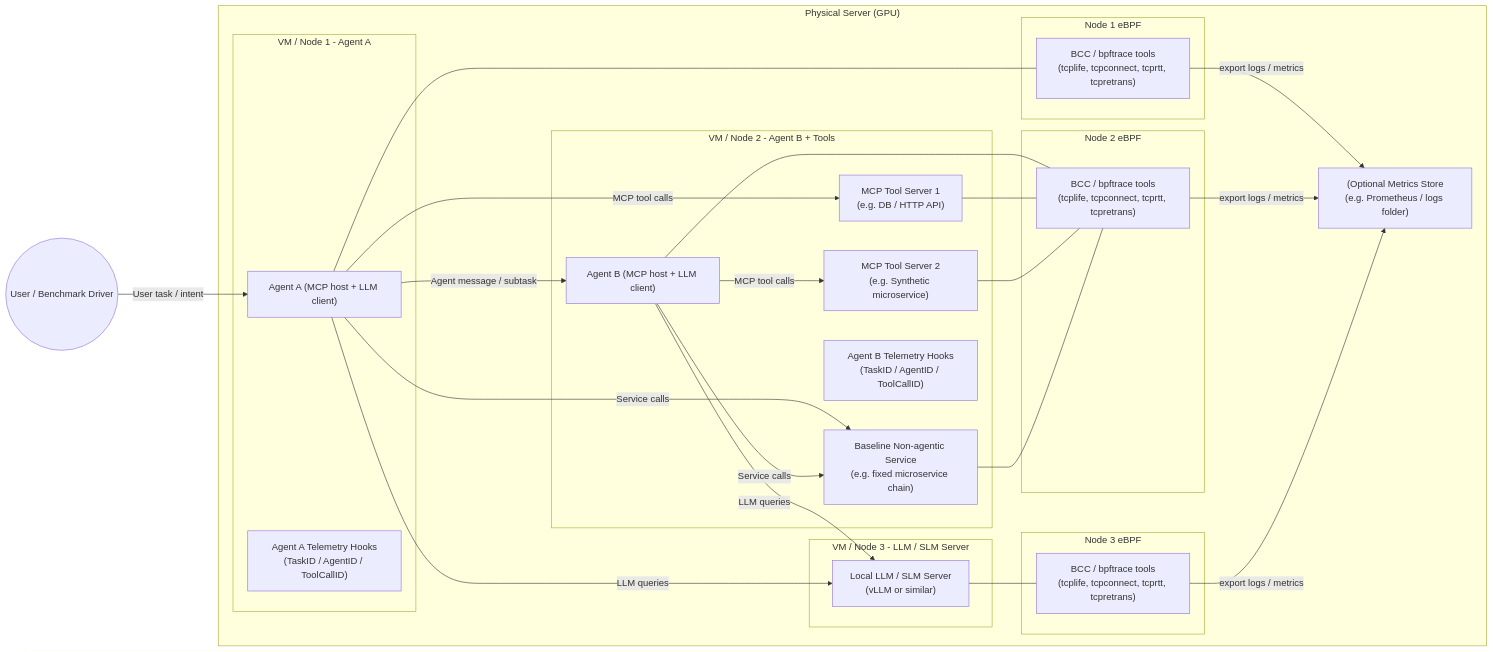
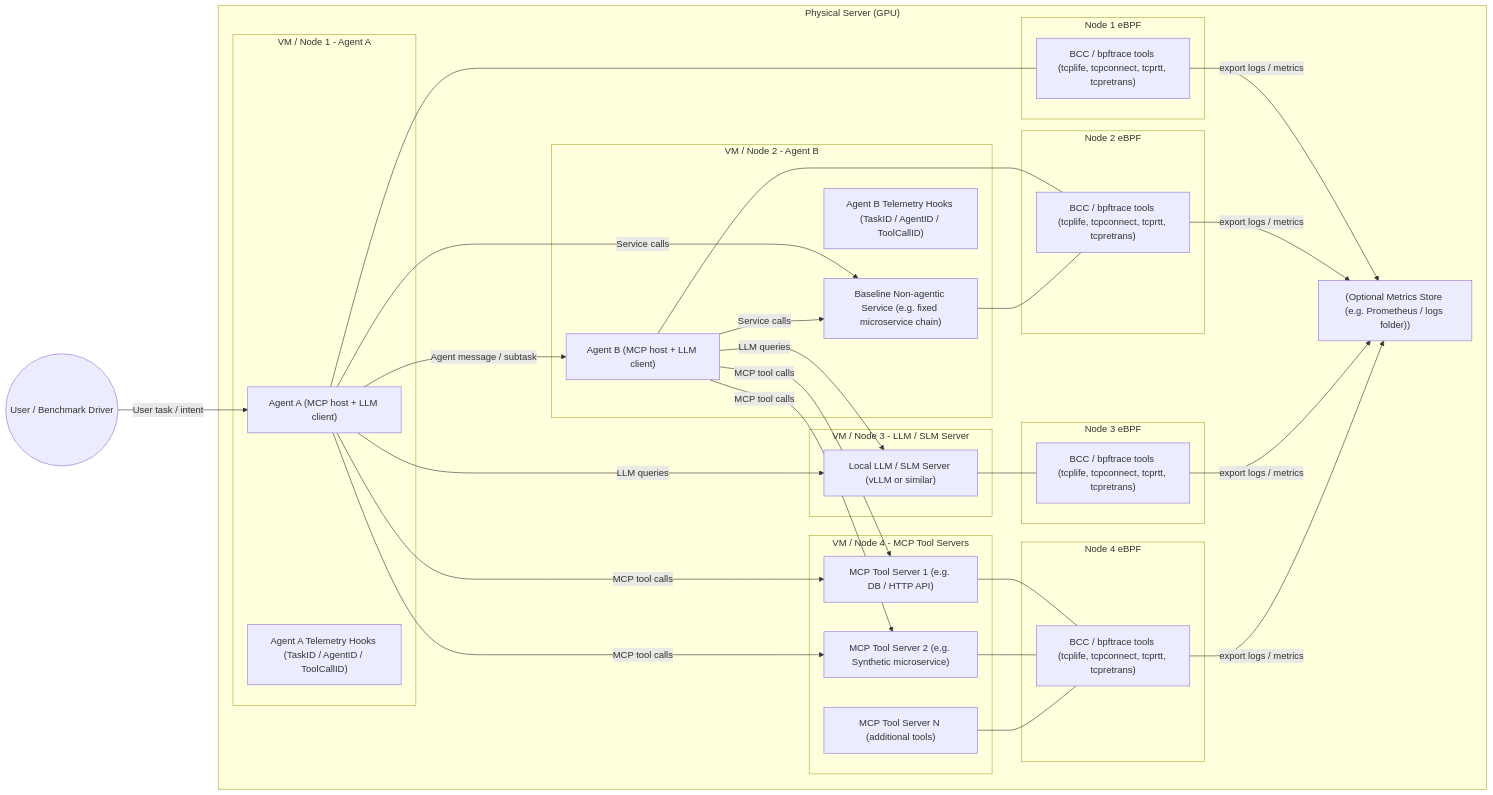
Before and after one commit to dlamagna/agentic-traffic-testing: the first of 2 diagrams in docs/architecture_diagrams/mvp.md, drawn with Mermaid. The commit also changed other lines of this file and 3 other files, not shown here.

Commit message:
modified architecture for MCP servers in separate node

````diff
--- a/docs/architecture_diagrams/mvp.md
+++ b/docs/architecture_diagrams/mvp.md
@@ -3,65 +3,78 @@
 ```mermaid
 flowchart LR
     %% Physical host
     subgraph Host["Physical Server (GPU)"]
         
         %% Virtual node 1: Agent A
         subgraph Node1["VM / Node 1 - Agent A"]
             AgentA["Agent A (MCP host + LLM client)"]
-            AgentALogger["Agent A Telemetry Hooks\n(TaskID / AgentID / ToolCallID)"]
+            AgentALogger["Agent A Telemetry Hooks (TaskID / AgentID / ToolCallID)"]
         end
 
-        %% Virtual node 2: Agent B + tools
-        subgraph Node2["VM / Node 2 - Agent B + Tools"]
+        %% Virtual node 2: Agent B
+        subgraph Node2["VM / Node 2 - Agent B"]
             AgentB["Agent B (MCP host + LLM client)"]
-            Tool1["MCP Tool Server 1\n(e.g. DB / HTTP API)"]
-            Tool2["MCP Tool Server 2\n(e.g. Synthetic microservice)"]
-            BaselineSvc["Baseline Non-agentic Service\n(e.g. fixed microservice chain)"]
-            AgentBLogger["Agent B Telemetry Hooks\n(TaskID / AgentID / ToolCallID)"]
+            BaselineSvc["Baseline Non-agentic Service (e.g. fixed microservice chain)"]
+            AgentBLogger["Agent B Telemetry Hooks (TaskID / AgentID / ToolCallID)"]
         end
 
         %% Virtual node 3: Local LLM / SLM server
         subgraph Node3["VM / Node 3 - LLM / SLM Server"]
-            LLM["Local LLM / SLM Server\n(vLLM or similar)"]
+            LLM["Local LLM / SLM Server (vLLM or similar)"]
+        end
+
+        %% Virtual node 4: MCP Tool Servers
+        subgraph Node4["VM / Node 4 - MCP Tool Servers"]
+            Tool1["MCP Tool Server 1 (e.g. DB / HTTP API)"]
+            Tool2["MCP Tool Server 2 (e.g. Synthetic microservice)"]
+            Tool3["MCP Tool Server N (additional tools)"]
         end
 
         %% eBPF observability on each node
         subgraph Obs1["Node 1 eBPF"]
-            BCC1["BCC / bpftrace tools\n(tcplife, tcpconnect, tcprtt, tcpretrans)"]
+            BCC1["BCC / bpftrace tools (tcplife, tcpconnect, tcprtt, tcpretrans)"]
         end
 
         subgraph Obs2["Node 2 eBPF"]
-            BCC2["BCC / bpftrace tools\n(tcplife, tcpconnect, tcprtt, tcpretrans)"]
+            BCC2["BCC / bpftrace tools (tcplife, tcpconnect, tcprtt, tcpretrans)"]
         end
 
         subgraph Obs3["Node 3 eBPF"]
-            BCC3["BCC / bpftrace tools\n(tcplife, tcpconnect, tcprtt, tcpretrans)"]
+            BCC3["BCC / bpftrace tools (tcplife, tcpconnect, tcprtt, tcpretrans)"]
+        end
+
+        subgraph Obs4["Node 4 eBPF"]
+            BCC4["BCC / bpftrace tools (tcplife, tcpconnect, tcprtt, tcpretrans)"]
         end
 
         %% Optional metrics store on host
-        MetricsDB["(Optional Metrics Store\n(e.g. Prometheus / logs folder)"]
+        MetricsDB["(Optional Metrics Store (e.g. Prometheus / logs folder))"]
     end
 
     %% Traffic paths (logical)
     User((User / Benchmark Driver)) -->|User task / intent| AgentA
     AgentA -->|Agent message / subtask| AgentB
     AgentA -->|MCP tool calls| Tool1
+    AgentA -->|MCP tool calls| Tool2
+    AgentB -->|MCP tool calls| Tool1
     AgentB -->|MCP tool calls| Tool2
     AgentA -->|Service calls| BaselineSvc
     AgentB -->|Service calls| BaselineSvc
 
     AgentA -->|LLM queries| LLM
     AgentB -->|LLM queries| LLM
 
     %% eBPF data flow
     AgentA --- BCC1
     AgentB --- BCC2
-    Tool1 --- BCC2
-    Tool2 --- BCC2
     BaselineSvc --- BCC2
     LLM --- BCC3
+    Tool1 --- BCC4
+    Tool2 --- BCC4
+    Tool3 --- BCC4
 
     BCC1 -->|export logs / metrics| MetricsDB
     BCC2 -->|export logs / metrics| MetricsDB
-    BCC3 -->|export logs / metrics| MetricsDB 
+    BCC3 -->|export logs / metrics| MetricsDB
+    BCC4 -->|export logs / metrics| MetricsDB
 ```
````
